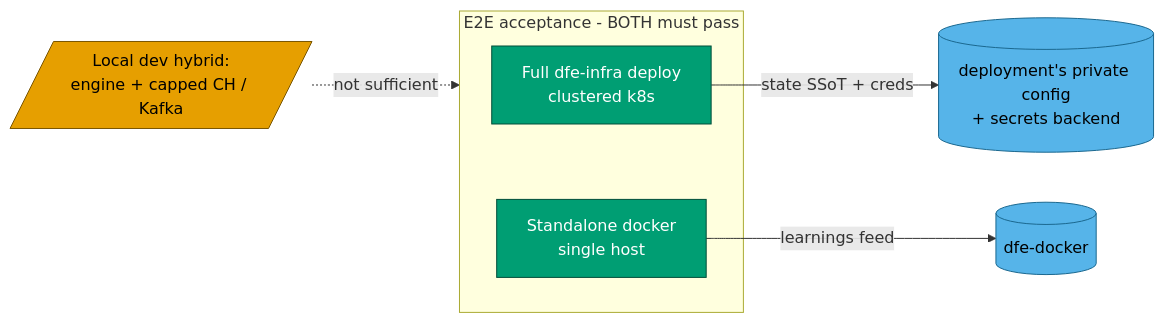
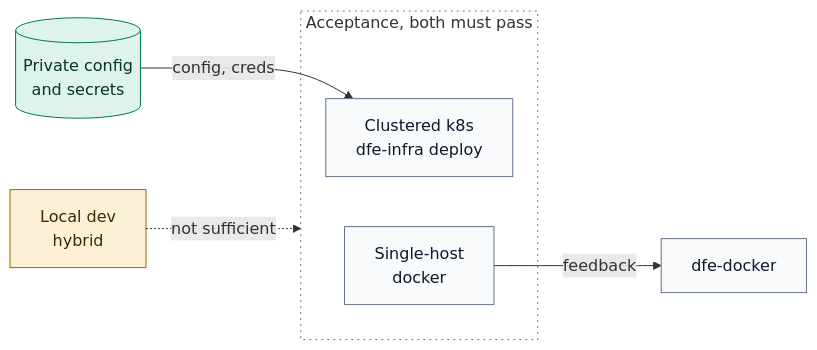
The diagram in docs/deployment/e2e-acceptance.md (hyperi-io/dfe-engine), drawn with Mermaid before and after one commit. The commit also changed other lines of this file and 71 other files, not shown here.

First line of the commit message:
docs(engine): fix 159 claims and redraw every diagram

````diff
--- a/docs/deployment/e2e-acceptance.md
+++ b/docs/deployment/e2e-acceptance.md
@@ -13,20 +16,27 @@
 ```mermaid
 flowchart LR
-    hybrid[/"Local dev hybrid:<br/>engine + capped CH / Kafka"/]
+    accTitle: L4 Detail -- Acceptance scenarios
+    accDescr: A local dev hybrid is not sufficient for acceptance. The full Kubernetes deploy reads its config and credentials from the deployment's private config and secrets backend, and the standalone docker run feeds what it learns back to dfe-docker. Both must pass.
 
-    subgraph accept["E2E acceptance - BOTH must pass"]
-        k8s["Full dfe-infra deploy<br/>clustered k8s"]
-        docker["Standalone docker<br/>single host"]
+    cfg[("Private config<br/>and secrets")]
+    hybrid["Local dev<br/>hybrid"]
+
+    subgraph accept["Acceptance, both must pass"]
+        k8s["Clustered k8s<br/>dfe-infra deploy"]
+        docker["Single-host<br/>docker"]
     end
 
-    hybrid -. "not sufficient" .-> accept
-    k8s -- "state SSoT + creds" --> infra[("deployment's private config<br/>+ secrets backend")]
-    docker -- "learnings feed" --> dfedocker[("dfe-docker")]
+    dfedocker["dfe-docker"]
 
-    classDef pass fill:#009E73,color:#ffffff,stroke:#004D39
-    classDef devonly fill:#E69F00,color:#000000,stroke:#7A5600
-    classDef store fill:#56B4E9,color:#000000,stroke:#1B688F
-    class k8s,docker pass
-    class hybrid devonly
-    class infra,dfedocker store
+    cfg -->|config, creds| k8s
+    hybrid -.->|not sufficient| accept
+    docker -->|feedback| dfedocker
+
+    classDef default fill:#F8FAFC,stroke:#64748B,stroke-width:1px,color:#0F172A
+    classDef store fill:#DDF3EC,stroke:#00785A,stroke-width:1px,color:#0B3327
+    classDef decision fill:#FCF1D6,stroke:#9A6700,stroke-width:1px,color:#3D2A00
+    classDef group fill:none,stroke:#64748B,stroke-width:1px,stroke-dasharray:2 4
+    class hybrid decision
+    class cfg store
+    class accept group
 ```
````
